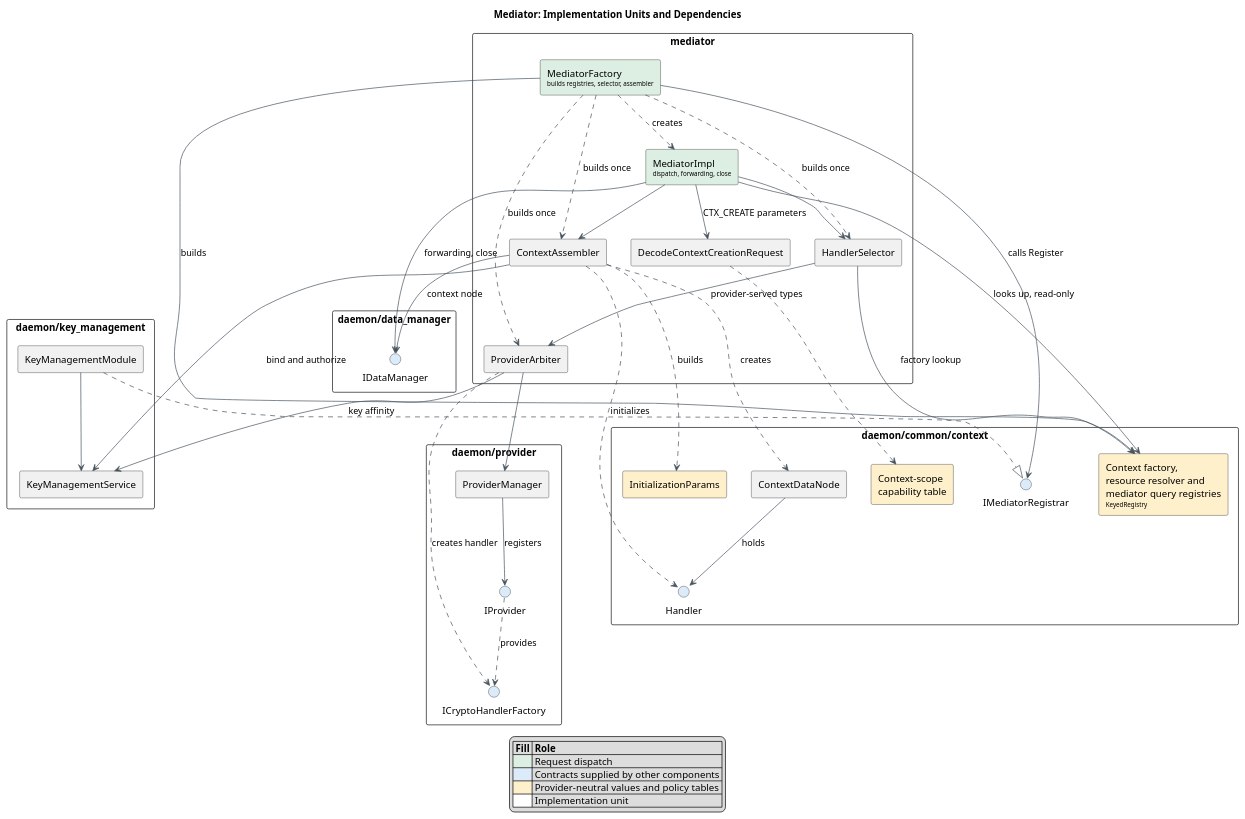
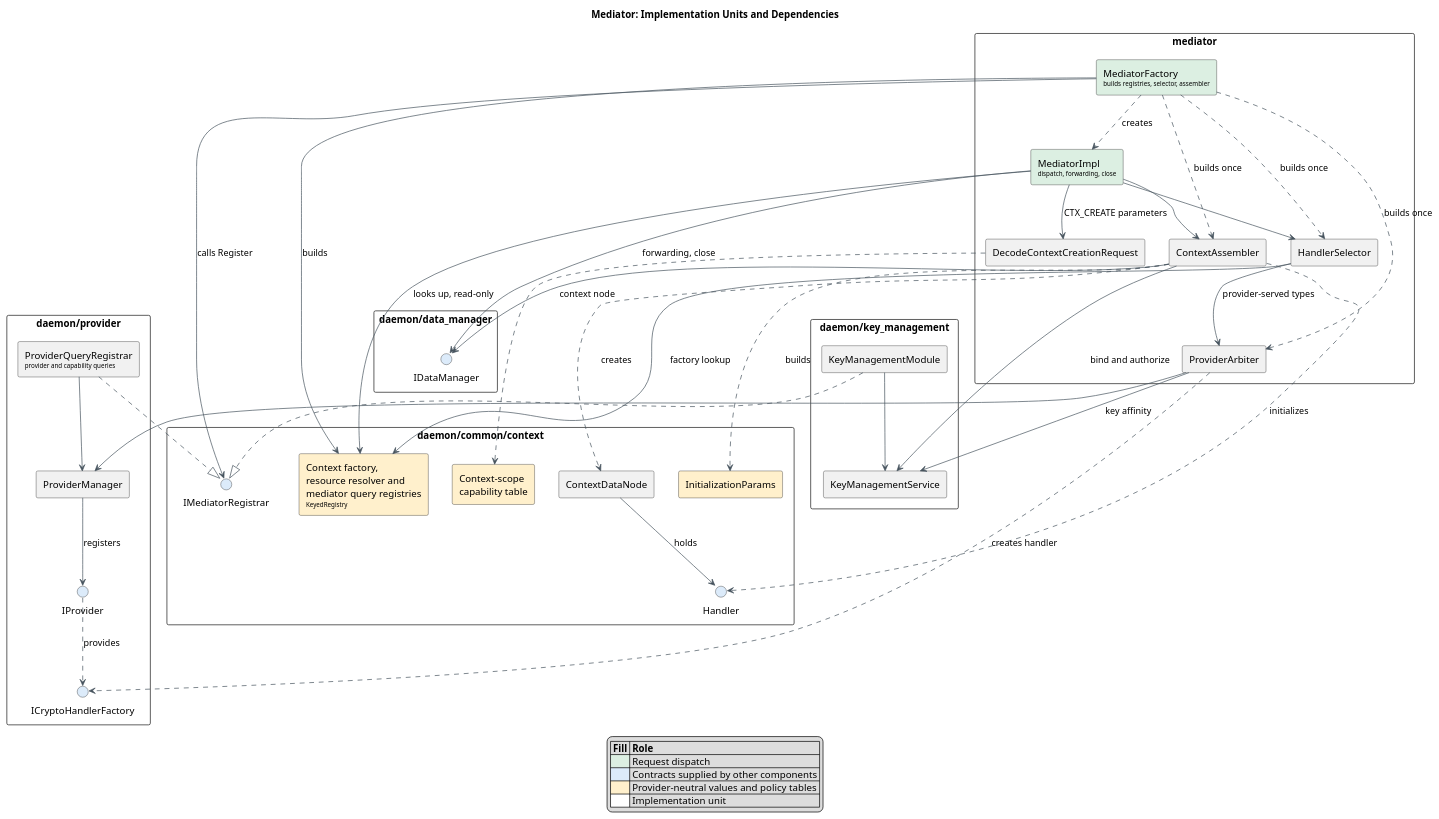
Before and after one commit to abdullahelmarghany/crypto: the diagram in score/crypto/src/daemon/mediator/docs/architecture/mediator_composition.puml, drawn with PlantUML. The commit also changed 50 other files, not shown here.

```diff
--- a/score/crypto/src/daemon/mediator/docs/architecture/mediator_composition.puml
+++ b/score/crypto/src/daemon/mediator/docs/architecture/mediator_composition.puml
@@ -14,84 +14,87 @@
 @startuml mediator_composition
 title Mediator: Implementation Units and Dependencies
 top to bottom direction
 skinparam shadowing false
 skinparam defaultFontName Arial
 skinparam componentStyle rectangle
 skinparam packageStyle rectangle
 skinparam ArrowColor #46535E
 
 package "mediator" {
   [MediatorImpl\n<size:9>dispatch, forwarding, close</size>] as Mediator #DCEFE2
   [DecodeContextCreationRequest] as Decoder
   [HandlerSelector] as Selector
   [ProviderArbiter] as Arbiter
   [ContextAssembler] as Assembler
   [MediatorFactory\n<size:9>builds registries, selector, assembler</size>] as Factory #DCEFE2
 }
 
 package "daemon/common/context" {
   [Context factory,\nresource resolver and\nmediator query registries\n<size:9>KeyedRegistry</size>] as Registries #FFF0CC
   interface IMediatorRegistrar #DCEBFA
   [Context-scope\ncapability table] as Selection #FFF0CC
   [ContextDataNode] as ContextNode
   interface Handler #DCEBFA
   [InitializationParams] as InitParams #FFF0CC
 }
 
 package "daemon/key_management" {
   [KeyManagementService] as KeyMgmt
   [KeyManagementModule] as KeyModule
 }
 
 package "daemon/provider" {
   [ProviderManager] as Providers
+  [ProviderQueryRegistrar\n<size:9>provider and capability queries</size>] as ProviderQueries
   interface IProvider #DCEBFA
   interface ICryptoHandlerFactory #DCEBFA
 }
 
 package "daemon/data_manager" {
   interface IDataManager #DCEBFA
 }
 
 Mediator --> Decoder : CTX_CREATE parameters
 Mediator --> Selector
 Mediator --> Assembler
 Mediator --> IDataManager : forwarding, close
 Mediator --> Registries : looks up, read-only
 
 Factory ..> Mediator : creates
 Factory --> Registries : builds
 Factory --> IMediatorRegistrar : calls Register
 Factory ..> Selector : builds once
 Factory ..> Arbiter : builds once
 Factory ..> Assembler : builds once
 KeyModule ..|> IMediatorRegistrar
 KeyModule --> KeyMgmt
+ProviderQueries ..|> IMediatorRegistrar
+ProviderQueries --> Providers
 
 Decoder ..> Selection
 
 Selector --> Registries : factory lookup
 Selector --> Arbiter : provider-served types
 Arbiter --> Providers
 Arbiter --> KeyMgmt : key affinity
 Arbiter ..> ICryptoHandlerFactory : creates handler
 Providers --> IProvider : registers
 IProvider ..> ICryptoHandlerFactory : provides
 
 Assembler --> IDataManager : context node
 Assembler --> KeyMgmt : bind and authorize
 Assembler ..> ContextNode : creates
 Assembler ..> Handler : initializes
 Assembler ..> InitParams : builds
 
 ContextNode --> Handler : holds
 
 legend bottom
   |= Fill |= Role |
   |<#DCEFE2> | Request dispatch |
   |<#DCEBFA> | Contracts supplied by other components |
   |<#FFF0CC> | Provider-neutral values and policy tables |
   |<#FFFFFF> | Implementation unit |
 endlegend
 
 @enduml
```
